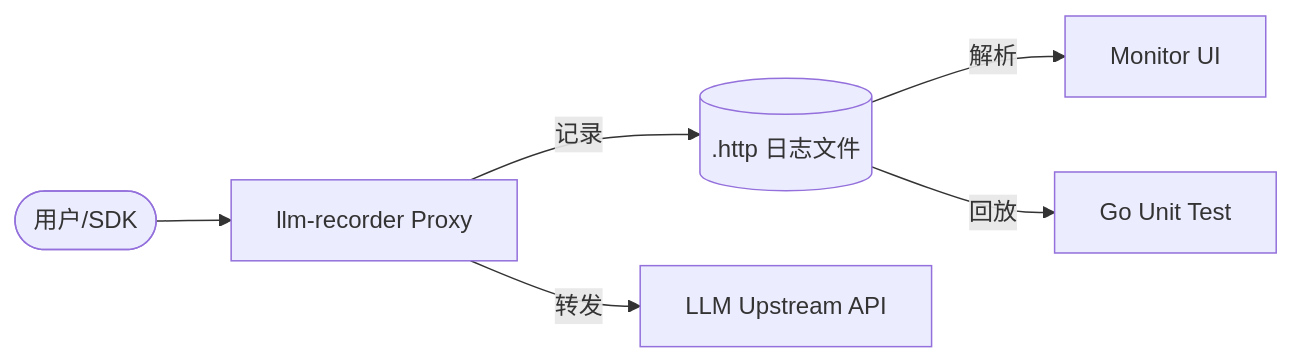
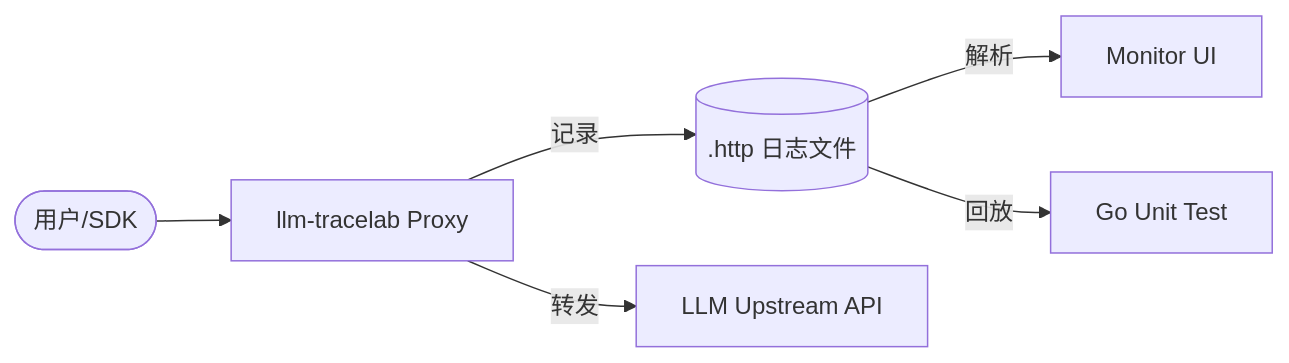
Before and after one commit to kingfs/llm-tracelab: the diagram in README.md, drawn with Mermaid. The commit also changed other lines of this file and 2 other files, not shown here.

Commit message:
chore: rename llm-tracelab

````diff
--- a/README.md
+++ b/README.md
@@ -23,8 +23,8 @@
 ```mermaid
 graph LR
-    User([用户/SDK]) --> Proxy[llm-recorder Proxy]
+    User([用户/SDK]) --> Proxy[llm-tracelab Proxy]
     Proxy -->|记录| Disk[(.http 日志文件)]
     Proxy -->|转发| Upstream[LLM Upstream API]
     Disk -->|解析| Monitor[Monitor UI]
     Disk -->|回放| Unittest[Go Unit Test]
 ```
````
